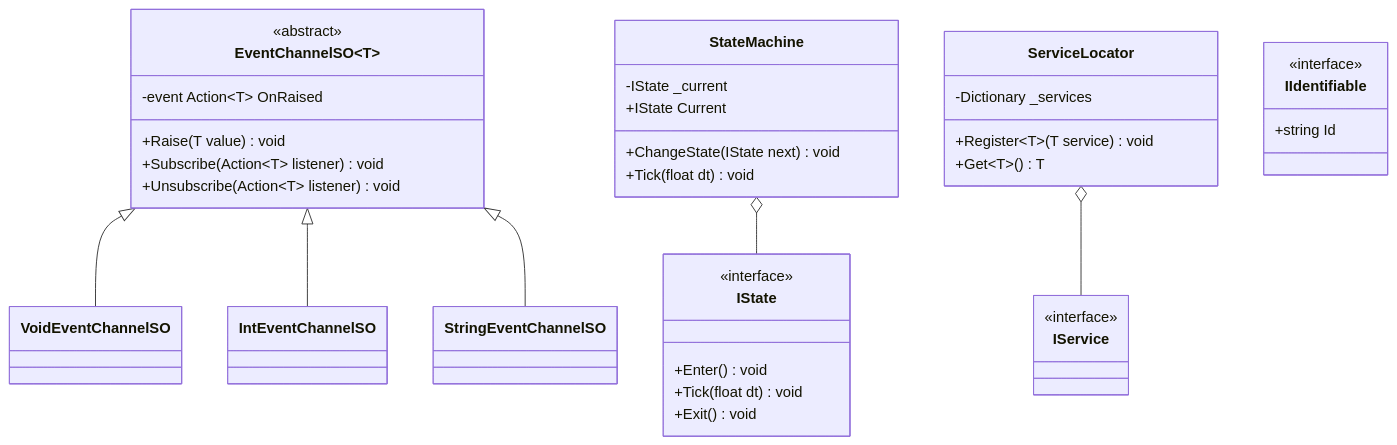
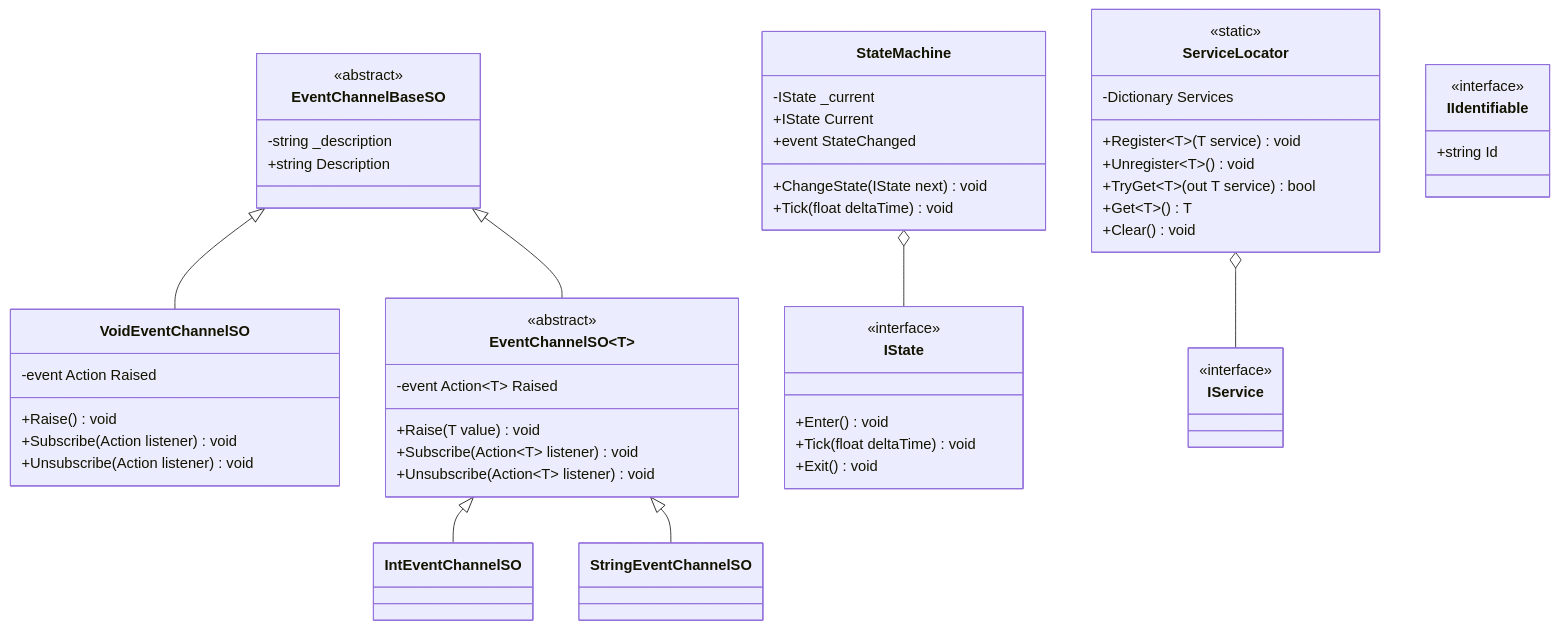
One commit to Seeiwdum/Hollow-Chains changed the first of 7 diagrams in Docs/P1/CLASS_DIAGRAM.md. Above: the diagram before and after it, drawn with Mermaid. The commit also changed other lines of this file, not shown here.

Commit message:
docs(tech): sync class diagram Core section with code (P2.0)

````diff
--- a/Docs/P1/CLASS_DIAGRAM.md
+++ b/Docs/P1/CLASS_DIAGRAM.md
@@ -24,45 +24,61 @@
 ```mermaid
 classDiagram
+    class EventChannelBaseSO {
+        <<abstract>>
+        -string _description
+        +string Description
+    }
+    class VoidEventChannelSO {
+        -event Action Raised
+        +Raise() void
+        +Subscribe(Action listener) void
+        +Unsubscribe(Action listener) void
+    }
     class EventChannelSO~T~ {
         <<abstract>>
-        -event Action~T~ OnRaised
+        -event Action~T~ Raised
         +Raise(T value) void
         +Subscribe(Action~T~ listener) void
         +Unsubscribe(Action~T~ listener) void
     }
-    class VoidEventChannelSO
     class IntEventChannelSO
     class StringEventChannelSO
-    EventChannelSO~T~ <|-- VoidEventChannelSO
+    EventChannelBaseSO <|-- VoidEventChannelSO
+    EventChannelBaseSO <|-- EventChannelSO~T~
     EventChannelSO~T~ <|-- IntEventChannelSO
     EventChannelSO~T~ <|-- StringEventChannelSO
 
     class IState {
         <<interface>>
         +Enter() void
-        +Tick(float dt) void
+        +Tick(float deltaTime) void
         +Exit() void
     }
     class StateMachine {
         -IState _current
         +IState Current
+        +event StateChanged
         +ChangeState(IState next) void
-        +Tick(float dt) void
+        +Tick(float deltaTime) void
     }
     StateMachine o-- IState
 
     class IService {
         <<interface>>
     }
     class ServiceLocator {
-        -Dictionary _services
+        <<static>>
+        -Dictionary Services
         +Register~T~(T service) void
+        +Unregister~T~() void
+        +TryGet~T~(out T service) bool
         +Get~T~() T
+        +Clear() void
     }
     ServiceLocator o-- IService
 
     class IIdentifiable {
         <<interface>>
         +string Id
     }
 ```
````
